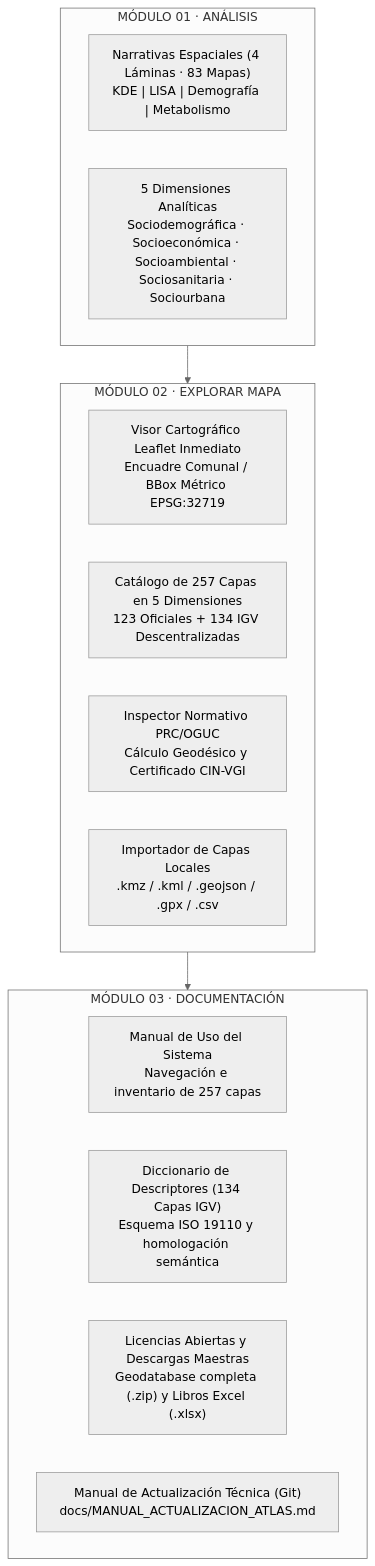
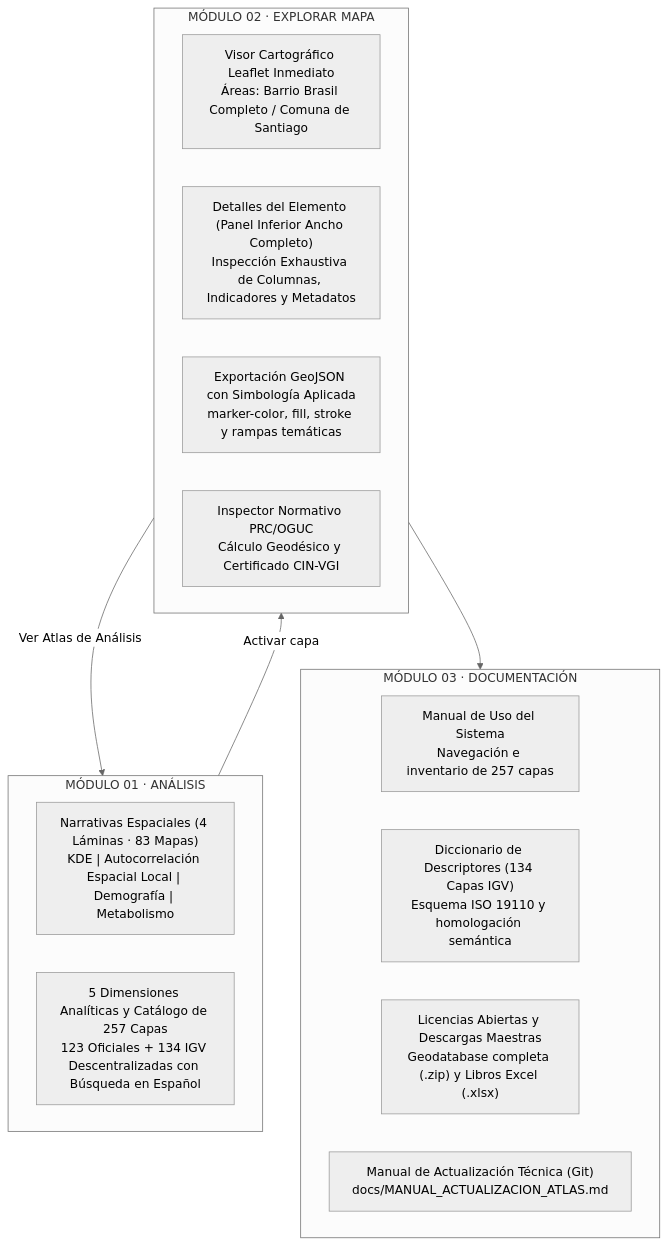
One commit to GEOJOTA/atlas-vgi-barrio-brasil changed the diagram in src/docs/MANUAL_USO.md. Above: the diagram before and after it, drawn with Mermaid (neutral theme). The commit also changed other lines of this file and 9 other files, not shown here.

Commit message:
feat: optimizar Prototipo 02 con titulo centrado, detalles al pie, catalogo en 5 dimensiones en Modulo 01 y exportacion GeoJSON con simbologia

````diff
--- a/src/docs/MANUAL_USO.md
+++ b/src/docs/MANUAL_USO.md
@@ -22,24 +22,25 @@
 ```mermaid
 flowchart TD
     subgraph M01["MÓDULO 01 · ANÁLISIS"]
-        N1["Narrativas Espaciales (4 Láminas · 83 Mapas)<br/>KDE | LISA | Demografía | Metabolismo"]
-        D1["5 Dimensiones Analíticas<br/>Sociodemográfica · Socioeconómica · Socioambiental · Sociosanitaria · Sociourbana"]
+        N1["Narrativas Espaciales (4 Láminas · 83 Mapas)<br/>KDE | Autocorrelación Espacial Local | Demografía | Metabolismo"]
+        D1["5 Dimensiones Analíticas y Catálogo de 257 Capas<br/>123 Oficiales + 134 IGV Descentralizadas con Búsqueda en Español"]
     end
 
     subgraph M02["MÓDULO 02 · EXPLORAR MAPA"]
-        V1["Visor Cartográfico Leaflet Inmediato<br/>Encuadre Comunal / BBox Métrico EPSG:32719"]
-        C1["Catálogo de 257 Capas en 5 Dimensiones<br/>123 Oficiales + 134 IGV Descentralizadas"]
+        V1["Visor Cartográfico Leaflet Inmediato<br/>Áreas: Barrio Brasil Completo / Comuna de Santiago"]
+        P1["Detalles del Elemento (Panel Inferior Ancho Completo)<br/>Inspección Exhaustiva de Columnas, Indicadores y Metadatos"]
+        EXP["Exportación GeoJSON con Simbología Aplicada<br/>marker-color, fill, stroke y rampas temáticas"]
         I1["Inspector Normativo PRC/OGUC<br/>Cálculo Geodésico y Certificado CIN-VGI"]
-        IMP["Importador de Capas Locales<br/>.kmz / .kml / .geojson / .gpx / .csv"]
     end
 
     subgraph M03["MÓDULO 03 · DOCUMENTACIÓN"]
         DOC1["Manual de Uso del Sistema<br/>Navegación e inventario de 257 capas"]
         DOC2["Diccionario de Descriptores (134 Capas IGV)<br/>Esquema ISO 19110 y homologación semántica"]
         DOC3["Licencias Abiertas y Descargas Maestras<br/>Geodatabase completa (.zip) y Libros Excel (.xlsx)"]
         DOC4["Manual de Actualización Técnica (Git)<br/>docs/MANUAL_ACTUALIZACION_ATLAS.md"]
     end
 
-    M01 --> M02
+    M01 -->|"Activar capa"| M02
+    M02 -->|"Ver Atlas de Análisis"| M01
     M02 --> M03
 ```
````
